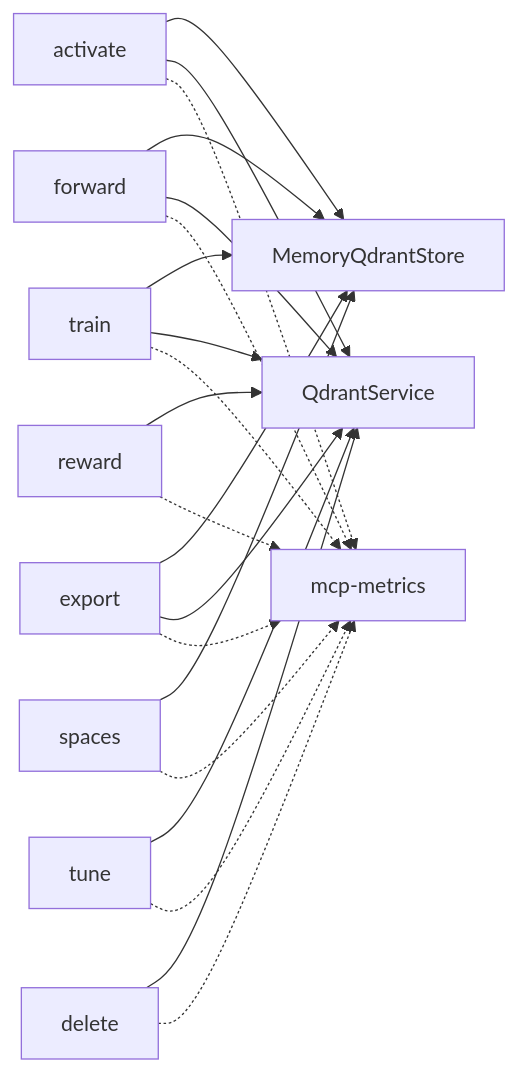
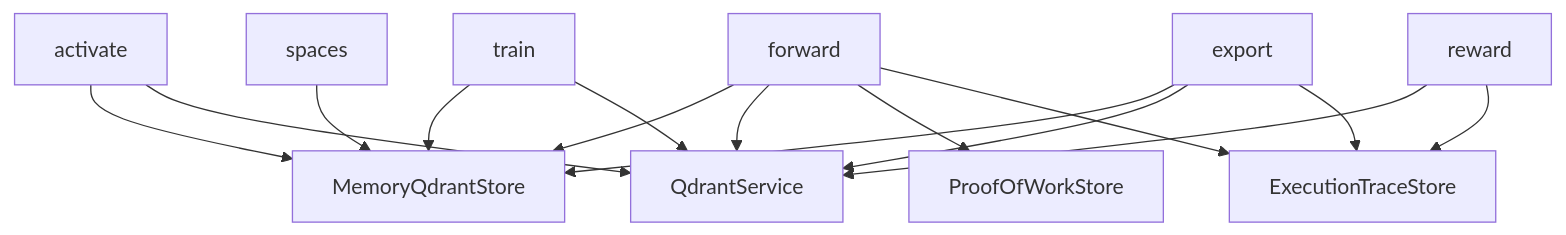
One commit to SquadRules/mcp changed diagram 11 of 11 in .qoder/repowiki/en/content/MCP Tools Reference/MCP Tools Reference.md. Above: the diagram before and after it, drawn with Mermaid. The commit also changed other lines of this file and 553 other files, not shown here.

````diff
--- a/.qoder/repowiki/en/content/MCP Tools Reference/MCP Tools Reference.md
+++ b/.qoder/repowiki/en/content/MCP Tools Reference/MCP Tools Reference.md
@@ -613,23 +570,17 @@
 ```mermaid
-graph LR
+graph TB
 ACT["activate"] --> MEM["MemoryQdrantStore"]
-ACT --> Q["QdrantService"]
+ACT --> QDR["QdrantService"]
 FWD["forward"] --> MEM
-FWD --> Q
-RWD["reward"] --> Q
+FWD --> QDR
+FWD --> POW["ProofOfWorkStore"]
+FWD --> TRACE["ExecutionTraceStore"]
+RWD["reward"] --> QDR
+RWD --> TRACE
 TRN["train"] --> MEM
-TRN --> Q
-TUN["tune"] --> Q
-DEL["delete"] --> Q
+TRN --> QDR
 EXP["export"] --> MEM
-EXP --> Q
+EXP --> QDR
+EXP --> TRACE
 SPC["spaces"] --> MEM
-ACT -.-> MET["mcp-metrics"]
-FWD -.-> MET
-RWD -.-> MET
-TRN -.-> MET
-TUN -.-> MET
-DEL -.-> MET
-EXP -.-> MET
-SPC -.-> MET
 ```
````
